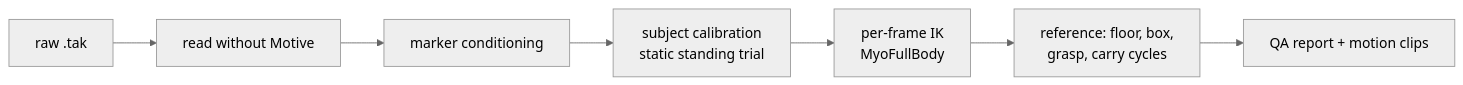
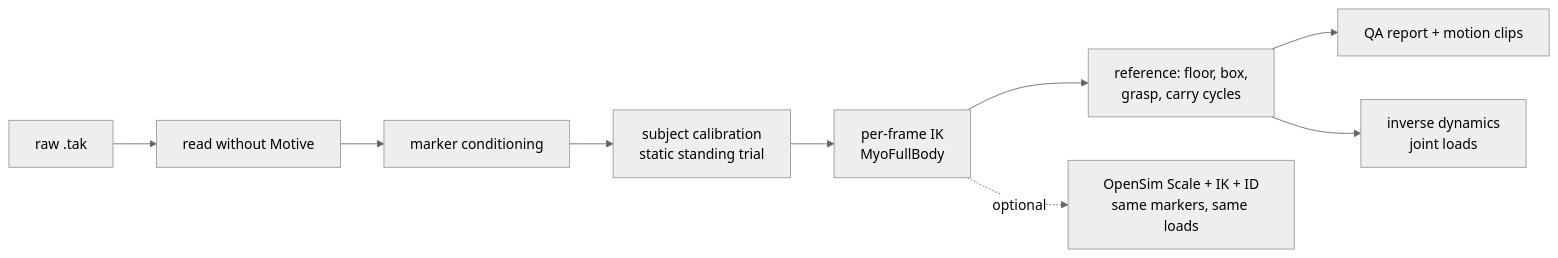
The diagram in README.md (Fitz-Yuan/mocap-to-myofullbody), drawn with Mermaid (neutral theme) before and after one commit. The commit also changed other lines of this file and 4 other files, not shown here.

Commit message:
Final results: static calibration (pelvis + legs) as default, OpenSim comparison and inverse-dynamics sections in the handbook, per-trial QA report of the final run, README results; viewer: Follow recentres on the body when switched back on

````diff
--- a/README.md
+++ b/README.md
@@ -13,9 +13,11 @@
 ```mermaid
 flowchart LR
   A[raw .tak] --> B[read without Motive]
   B --> C[marker conditioning]
   C --> D[subject calibration<br/>static standing trial]
   D --> E[per-frame IK<br/>MyoFullBody]
   E --> F[reference: floor, box,<br/>grasp, carry cycles]
   F --> G[QA report + motion clips]
+  F --> H[inverse dynamics<br/>joint loads]
+  E -. optional .-> I[OpenSim Scale + IK + ID<br/>same markers, same loads]
 ```
````
